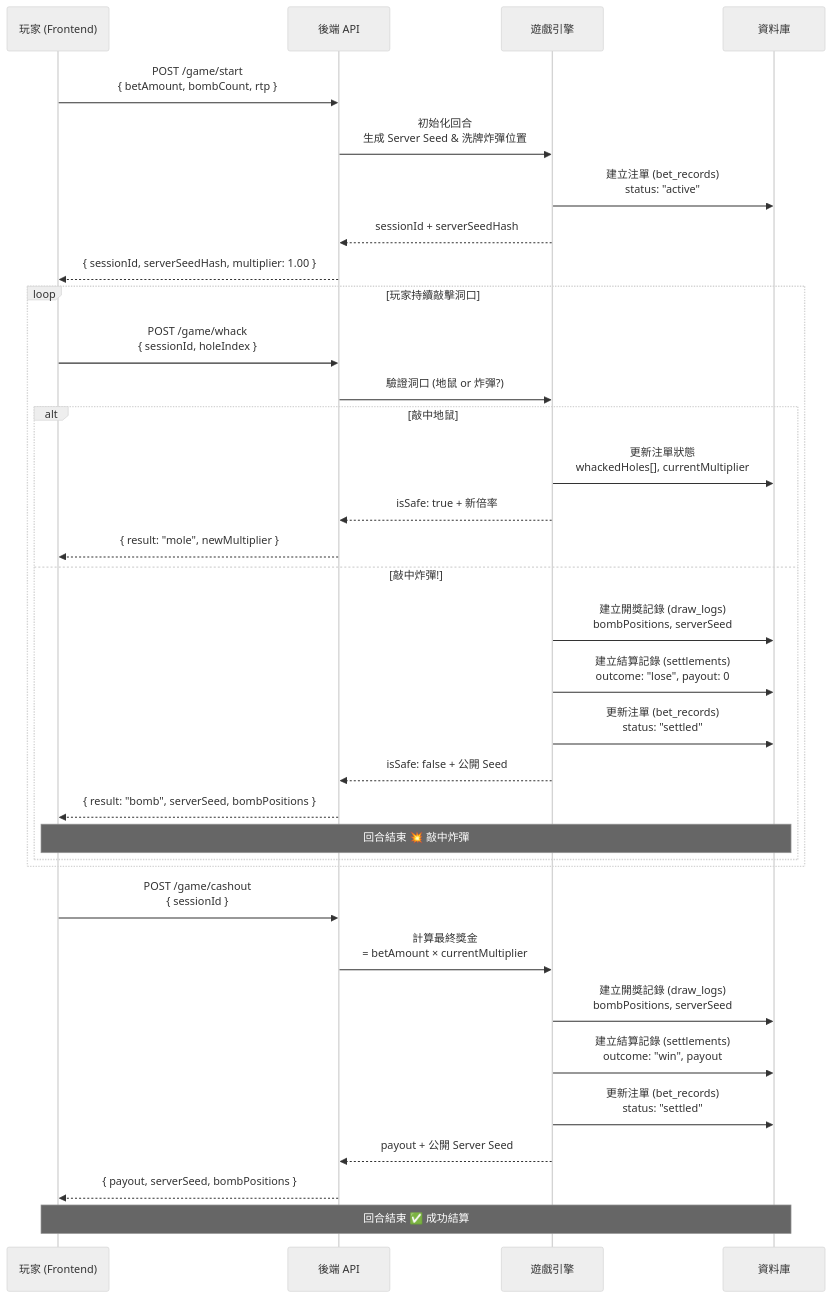
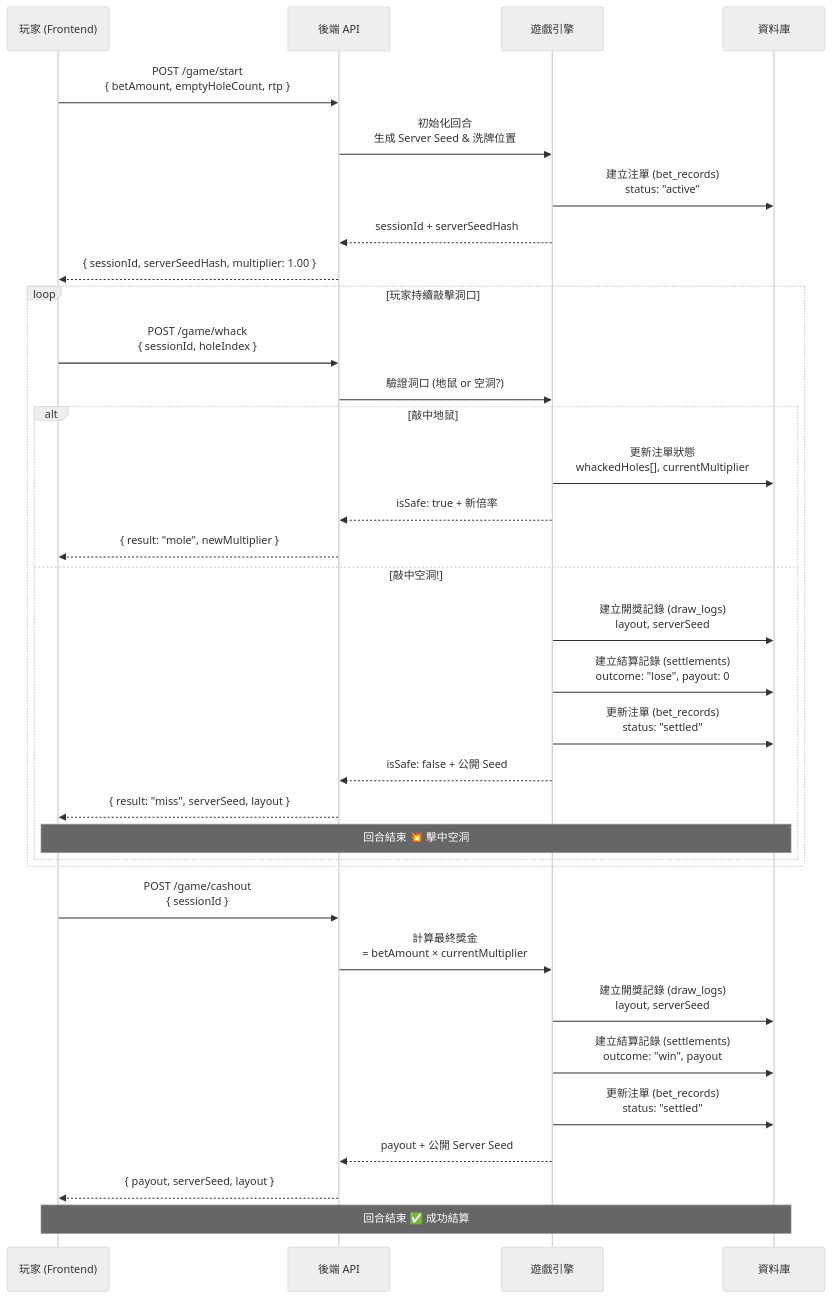
The second of 2 diagrams in proposal.md (dalemiao3721/hitmous-game), drawn with Mermaid (neutral theme) before and after one commit. The commit also changed other lines of this file and 4 other files, not shown here.

Commit message:
docs: unify UI style and update rules (miss = game over)

````diff
--- a/proposal.md
+++ b/proposal.md
@@ -100,39 +110,39 @@
 ```mermaid
 sequenceDiagram
     participant P as 玩家 (Frontend)
     participant B as 後端 API
     participant G as 遊戲引擎
     participant DB as 資料庫
 
-    P->>B: POST /game/start<br/>{ betAmount, bombCount, rtp }
-    B->>G: 初始化回合<br/>生成 Server Seed & 洗牌炸彈位置
+    P->>B: POST /game/start<br/>{ betAmount, emptyHoleCount, rtp }
+    B->>G: 初始化回合<br/>生成 Server Seed & 洗牌位置
     G->>DB: 建立注單 (bet_records)<br/>status: "active"
     G-->>B: sessionId + serverSeedHash
     B-->>P: { sessionId, serverSeedHash, multiplier: 1.00 }
 
     loop 玩家持續敲擊洞口
         P->>B: POST /game/whack<br/>{ sessionId, holeIndex }
-        B->>G: 驗證洞口 (地鼠 or 炸彈?)
+        B->>G: 驗證洞口 (地鼠 or 空洞?)
         alt 敲中地鼠
             G->>DB: 更新注單狀態<br/>whackedHoles[], currentMultiplier
             G-->>B: isSafe: true + 新倍率
             B-->>P: { result: "mole", newMultiplier }
-        else 敲中炸彈!
-            G->>DB: 建立開獎記錄 (draw_logs)<br/>bombPositions, serverSeed
+        else 敲中空洞!
+            G->>DB: 建立開獎記錄 (draw_logs)<br/>layout, serverSeed
             G->>DB: 建立結算記錄 (settlements)<br/>outcome: "lose", payout: 0
             G->>DB: 更新注單 (bet_records)<br/>status: "settled"
             G-->>B: isSafe: false + 公開 Seed
-            B-->>P: { result: "bomb", serverSeed, bombPositions }
-            Note over P,DB: 回合結束 💥 敲中炸彈
+            B-->>P: { result: "miss", serverSeed, layout }
+            Note over P,DB: 回合結束 💥 擊中空洞
         end
     end
 
     P->>B: POST /game/cashout<br/>{ sessionId }
     B->>G: 計算最終獎金<br/>= betAmount × currentMultiplier
-    G->>DB: 建立開獎記錄 (draw_logs)<br/>bombPositions, serverSeed
+    G->>DB: 建立開獎記錄 (draw_logs)<br/>layout, serverSeed
     G->>DB: 建立結算記錄 (settlements)<br/>outcome: "win", payout
     G->>DB: 更新注單 (bet_records)<br/>status: "settled"
     G-->>B: payout + 公開 Server Seed
-    B-->>P: { payout, serverSeed, bombPositions }
+    B-->>P: { payout, serverSeed, layout }
     Note over P,DB: 回合結束 ✅ 成功結算
 ```
````
